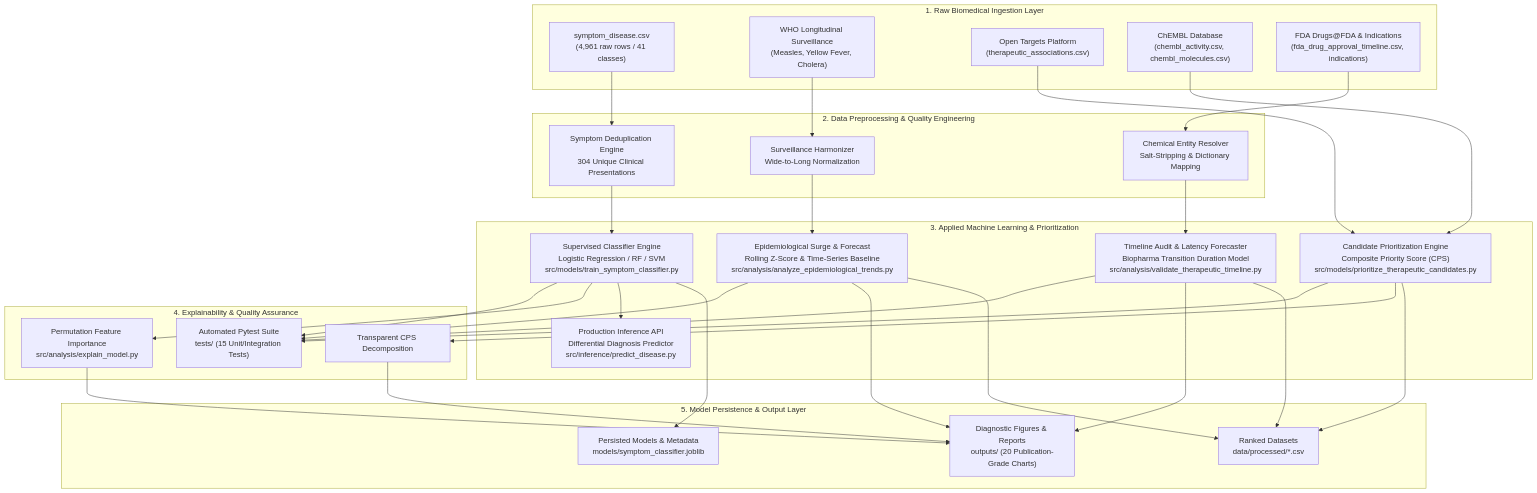
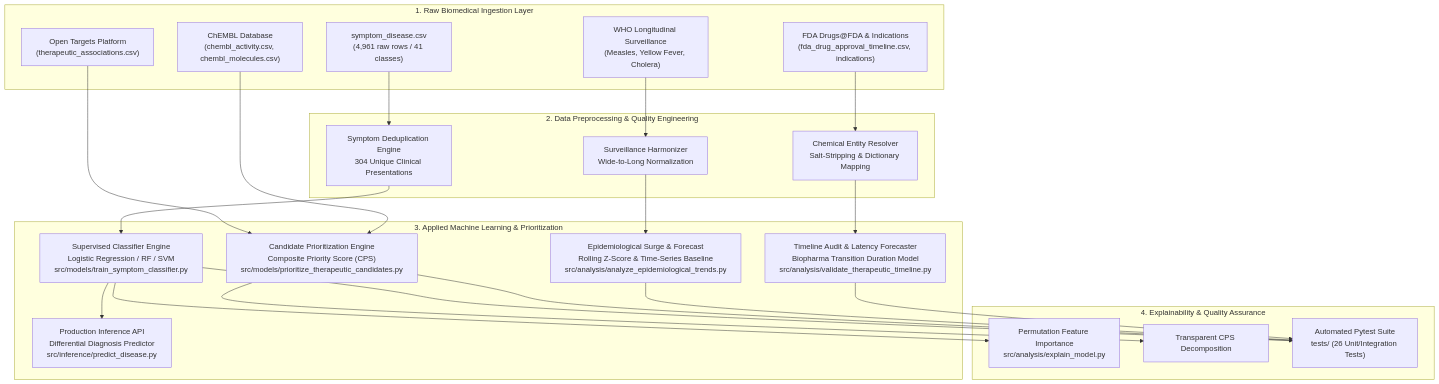
Before and after one commit to Yuvaresh/TheraLens: the diagram in README.md, drawn with Mermaid. The commit also changed other lines of this file and 129 other files, not shown here.

Commit message:
feat: implement emerging disease forecasting models, data processing pipelines, and review documentation

````diff
--- a/README.md
+++ b/README.md
@@ -73,47 +78,38 @@
 ```mermaid
 graph TD
     subgraph Data_Layer ["1. Raw Biomedical Ingestion Layer"]
         D1["symptom_disease.csv<br/>(4,961 raw rows / 41 classes)"]
         D2["WHO Longitudinal Surveillance<br/>(Measles, Yellow Fever, Cholera)"]
         D3["Open Targets Platform<br/>(therapeutic_associations.csv)"]
         D4["ChEMBL Database<br/>(chembl_activity.csv, chembl_molecules.csv)"]
         D5["FDA Drugs@FDA & Indications<br/>(fda_drug_approval_timeline.csv, indications)"]
     end
 
     subgraph Preprocessing_Layer ["2. Data Preprocessing & Quality Engineering"]
         P1["Symptom Deduplication Engine<br/>304 Unique Clinical Presentations"]
         P2["Surveillance Harmonizer<br/>Wide-to-Long Normalization"]
         P3["Chemical Entity Resolver<br/>Salt-Stripping & Dictionary Mapping"]
     end
 
     subgraph Modeling_Layer ["3. Applied Machine Learning & Prioritization"]
         M1["Supervised Classifier Engine<br/>Logistic Regression / RF / SVM<br/>src/models/train_symptom_classifier.py"]
         M2["Production Inference API<br/>Differential Diagnosis Predictor<br/>src/inference/predict_disease.py"]
         M3["Candidate Prioritization Engine<br/>Composite Priority Score (CPS)<br/>src/models/prioritize_therapeutic_candidates.py"]
         M4["Epidemiological Surge & Forecast<br/>Rolling Z-Score & Time-Series Baseline<br/>src/analysis/analyze_epidemiological_trends.py"]
         M5["Timeline Audit & Latency Forecaster<br/>Biopharma Transition Duration Model<br/>src/analysis/validate_therapeutic_timeline.py"]
     end
 
     subgraph Quality_Explainability ["4. Explainability & Quality Assurance"]
         E1["Permutation Feature Importance<br/>src/analysis/explain_model.py"]
         E2["Transparent CPS Decomposition"]
-        T1["Automated Pytest Suite<br/>tests/ (15 Unit/Integration Tests)"]
+        T1["Automated Pytest Suite<br/>tests/ (26 Unit/Integration Tests)"]
     end
 
-    subgraph Output_Persistence ["5. Model Persistence & Output Layer"]
-        O1["Persisted Models & Metadata<br/>models/symptom_classifier.joblib"]
-        O2["Ranked Datasets<br/>data/processed/*.csv"]
-        O3["Diagnostic Figures & Reports<br/>outputs/ (20 Publication-Grade Charts)"]
-    end
-
-    D1 --> P1 --> M1 --> O1
-    M1 --> M2
-    M1 --> E1 --> O3
-    D2 --> P2 --> M4 --> O2
-    M4 --> O3
-    D3 & D4 --> M3 --> O2
-    M3 --> E2 --> O3
-    D5 --> P3 --> M5 --> O2
-    M5 --> O3
+    D1 --> P1 --> M1 --> M2
+    D2 --> P2 --> M4
+    D3 & D4 --> M3
+    D5 --> P3 --> M5
+    M1 --> E1
+    M3 --> E2
     M1 & M3 & M4 & M5 --> T1
 ```
````
